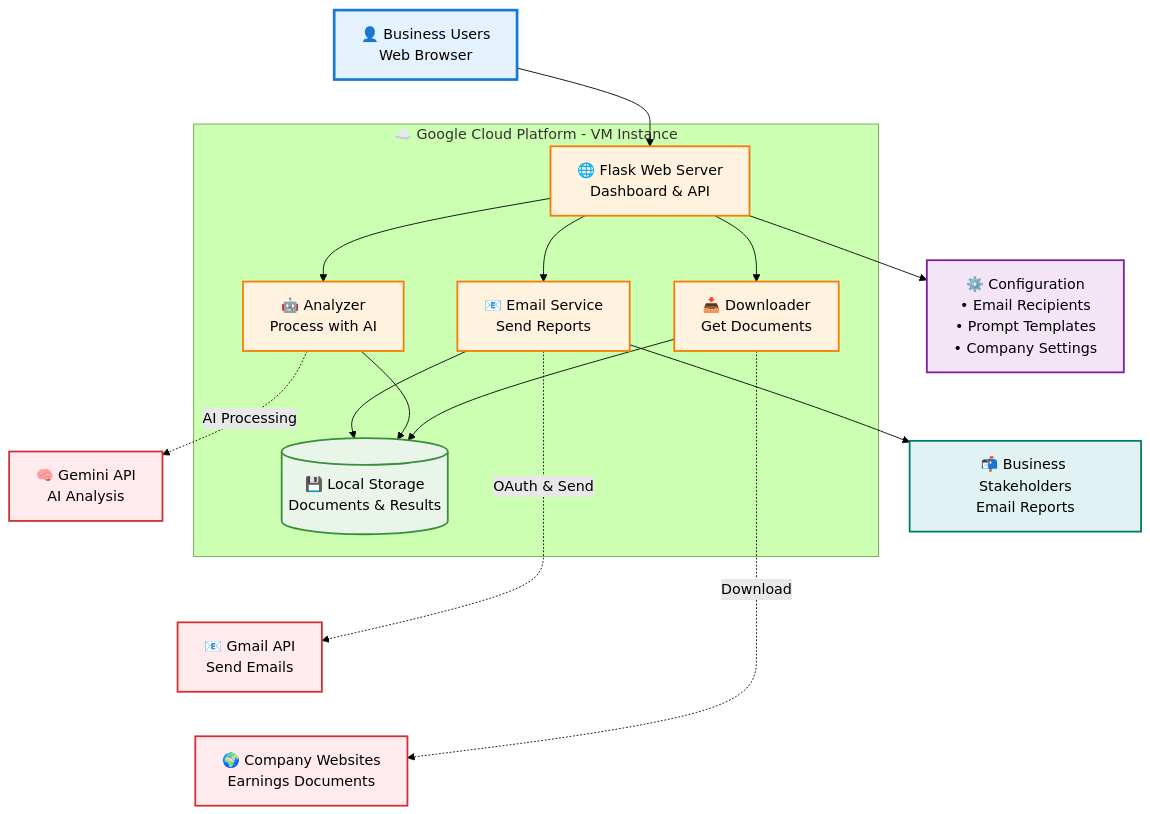
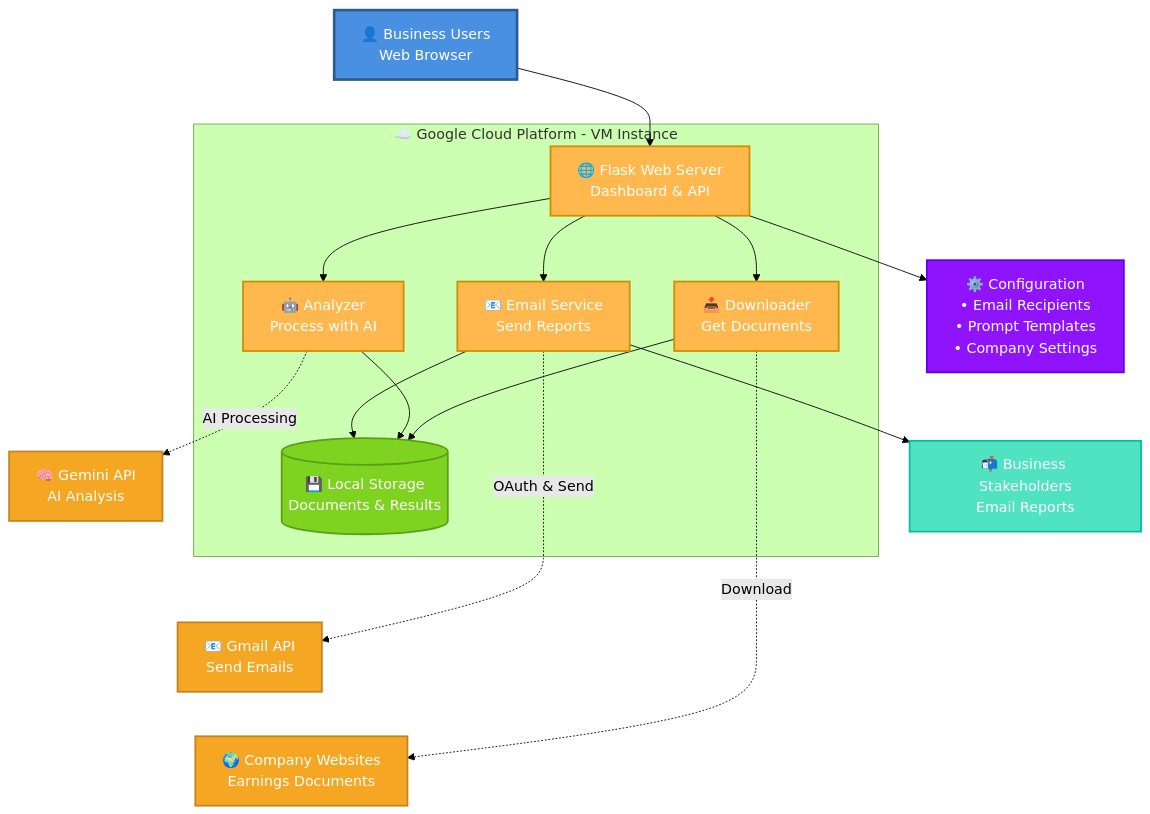
The diagram in README.md (aimlllm/gemini_agent), drawn with Mermaid (forest theme) before and after one commit.

Commit message:
update diagram color

````diff
--- a/README.md
+++ b/README.md
@@ -21,64 +21,64 @@
 ```mermaid
 graph TB
     %% Users and Access
     USER[👤 Business Users<br/>Web Browser]
     
     %% Core System Components
     subgraph GCP["☁️ Google Cloud Platform - VM Instance"]
         WEB[🌐 Flask Web Server<br/>Dashboard & API]
         DOWN[📥 Downloader<br/>Get Documents]
         ANALYZE[🤖 Analyzer<br/>Process with AI]
         EMAIL[📧 Email Service<br/>Send Reports]
         STORAGE[(💾 Local Storage<br/>Documents & Results)]
     end
     
     %% External APIs
     GEMINI[🧠 Gemini API<br/>AI Analysis]
     GMAIL[📧 Gmail API<br/>Send Emails]
     DOCS[🌍 Company Websites<br/>Earnings Documents]
     
     %% Configuration and Output
     CONFIG[⚙️ Configuration<br/>• Email Recipients<br/>• Prompt Templates<br/>• Company Settings]
     STAKEHOLDERS[📬 Business Stakeholders<br/>Email Reports]
     
     %% Main Flow Connections
     USER --> WEB
     WEB --> DOWN
     WEB --> ANALYZE
     WEB --> EMAIL
     WEB --> CONFIG
     
     %% Storage Connections
     DOWN --> STORAGE
     ANALYZE --> STORAGE
     EMAIL --> STORAGE
     
     %% External API Connections
     DOWN -.->|Download| DOCS
     ANALYZE -.->|AI Processing| GEMINI
     EMAIL -.->|OAuth & Send| GMAIL
     
     %% Output Connection
     EMAIL --> STAKEHOLDERS
     
     %% Positioning for compact layout
     USER ~~~ GEMINI
     GEMINI ~~~ GMAIL
     GMAIL ~~~ DOCS
     CONFIG ~~~ STAKEHOLDERS
     
     %% Styling
-    classDef userClass fill:#E3F2FD,stroke:#1976D2,stroke-width:3px
-    classDef gcpClass fill:#FFF3E0,stroke:#F57C00,stroke-width:2px
-    classDef storageClass fill:#E8F5E8,stroke:#388E3C,stroke-width:2px
-    classDef apiClass fill:#FFEBEE,stroke:#D32F2F,stroke-width:2px
-    classDef configClass fill:#F3E5F5,stroke:#7B1FA2,stroke-width:2px
-    classDef outputClass fill:#E0F2F1,stroke:#00796B,stroke-width:2px
+    classDef userClass fill:#4A90E2,stroke:#2E5C8A,stroke-width:3px,color:#FFFFFF
+    classDef gcpClass fill:#FFB84D,stroke:#CC8F00,stroke-width:2px,color:#FFFFFF
+    classDef storageClass fill:#7ED321,stroke:#5AA016,stroke-width:2px,color:#FFFFFF
+    classDef apiClass fill:#F5A623,stroke:#C4841D,stroke-width:2px,color:#FFFFFF
+    classDef configClass fill:#9013FE,stroke:#6200EA,stroke-width:2px,color:#FFFFFF
+    classDef outputClass fill:#50E3C2,stroke:#00BFA5,stroke-width:2px,color:#FFFFFF
     
     class USER userClass
     class WEB,DOWN,ANALYZE,EMAIL gcpClass
     class STORAGE storageClass
     class GEMINI,GMAIL,DOCS apiClass
     class CONFIG configClass
     class STAKEHOLDERS outputClass
 ```
````
